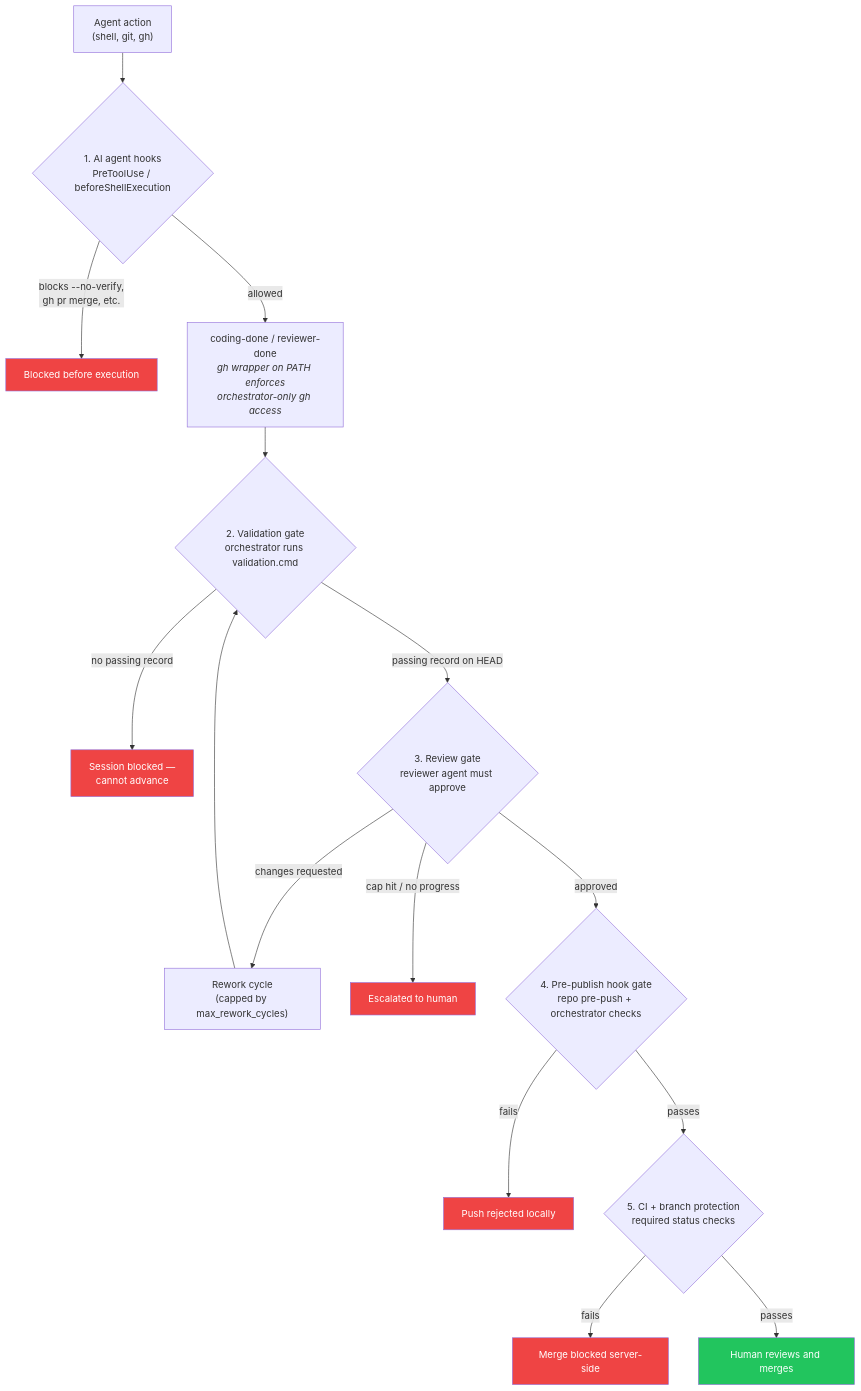
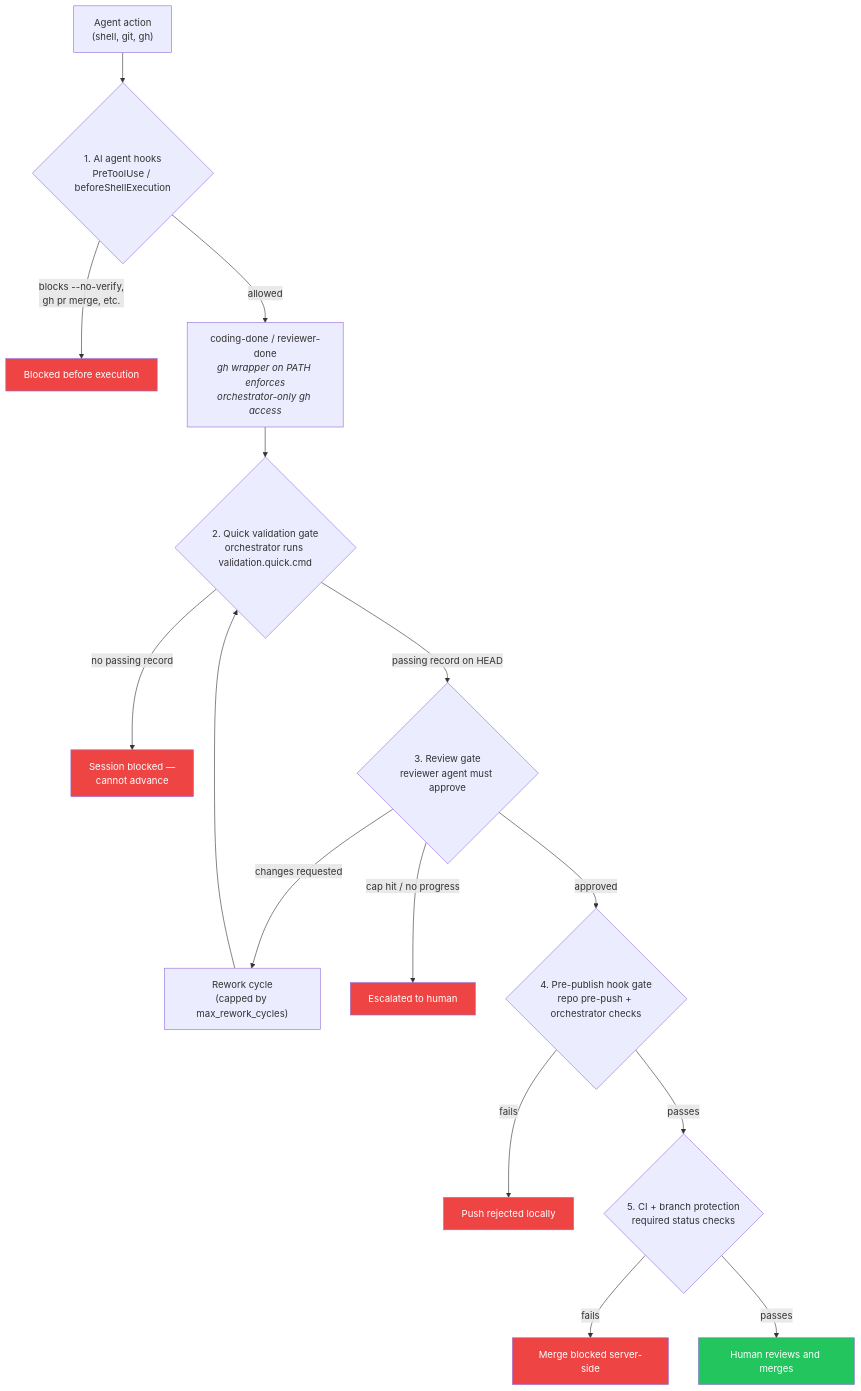
One commit to issue-orchestrator/issue-orchestrator changed the diagram in docs/design/guardrails.md. Above: the diagram before and after it, drawn with Mermaid. The commit also changed other lines of this file and 69 other files, not shown here.

Commit message:
Fix validation gates and review story timeline

````diff
--- a/docs/design/guardrails.md
+++ b/docs/design/guardrails.md
@@ -18,26 +18,26 @@
 ```mermaid
 flowchart TB
   A["Agent action<br/>(shell, git, gh)"] --> H1{"1. AI agent hooks<br/>PreToolUse / beforeShellExecution"}
   H1 -->|blocks --no-verify,<br/>gh pr merge, etc.| X1["Blocked before execution"]
   H1 -->|allowed| D["coding-done / reviewer-done<br/><i>gh wrapper on PATH enforces<br/>orchestrator-only gh access</i>"]
 
-  D --> V{"2. Validation gate<br/>orchestrator runs validation.cmd"}
+  D --> V{"2. Quick validation gate<br/>orchestrator runs validation.quick.cmd"}
   V -->|no passing record| X2["Session blocked —<br/>cannot advance"]
   V -->|passing record on HEAD| R{"3. Review gate<br/>reviewer agent must approve"}
 
   R -->|changes requested| RW["Rework cycle<br/>(capped by max_rework_cycles)"]
   RW --> V
   R -->|cap hit / no progress| ESC["Escalated to human"]
   R -->|approved| P{"4. Pre-publish hook gate<br/>repo pre-push + orchestrator checks"}
 
   P -->|fails| X3["Push rejected locally"]
   P -->|passes| C{"5. CI + branch protection<br/>required status checks"}
 
   C -->|fails| X4["Merge blocked server-side"]
   C -->|passes| M["Human reviews and merges"]
 
   classDef block fill:#ef4444,color:#fff
   classDef pass fill:#22c55e,color:#fff
   class X1,X2,X3,X4,ESC block
   class M pass
 ```
````
